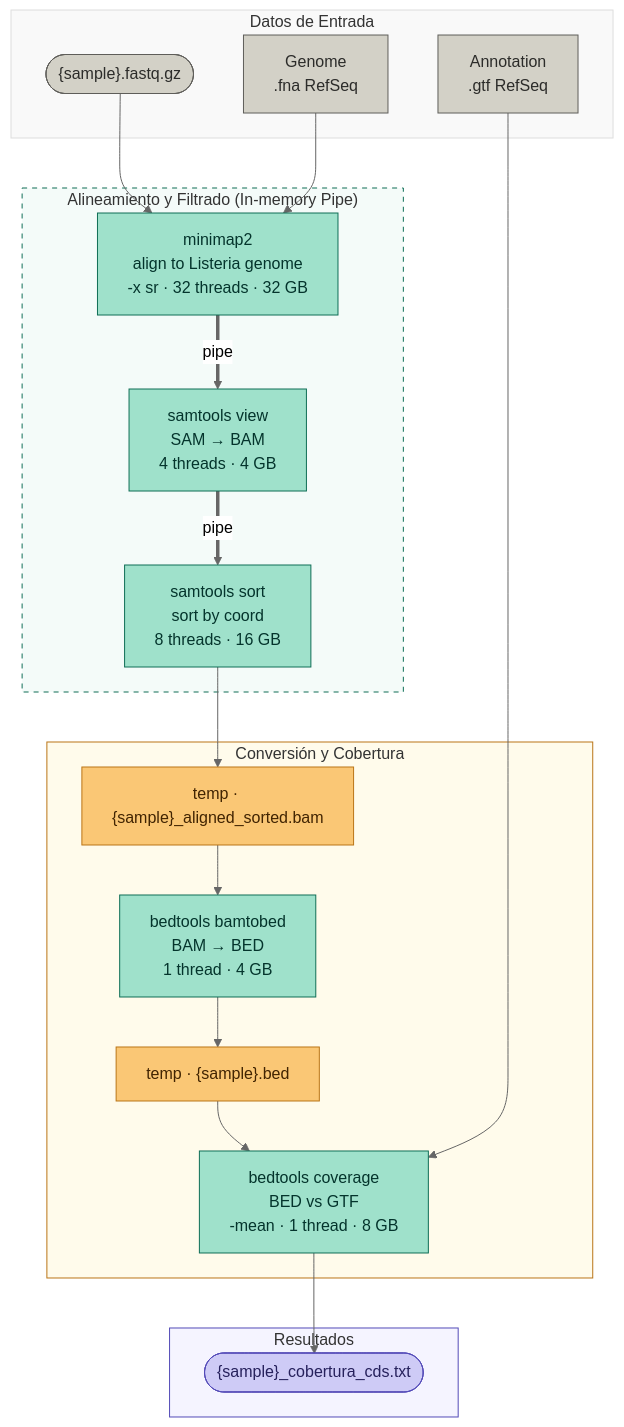
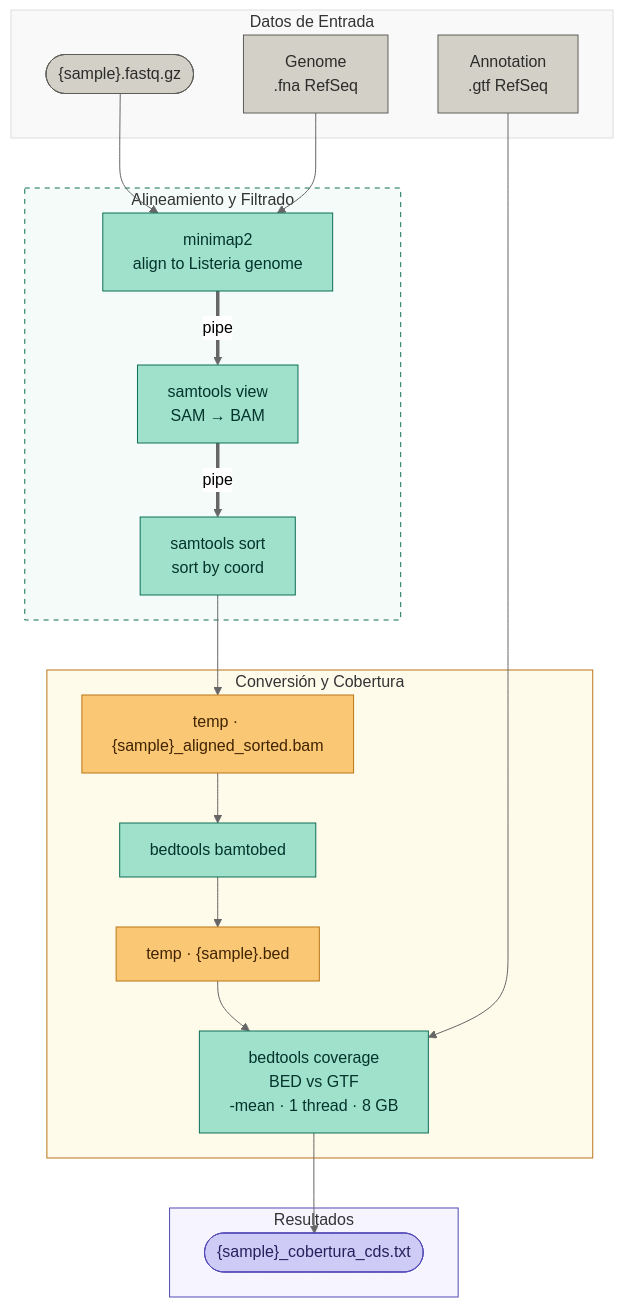
Before and after one commit to laugior/search4listeria: the diagram in readme.md, drawn with Mermaid (neutral theme).

````diff
--- a/readme.md
+++ b/readme.md
@@ -3,61 +3,61 @@
 ```mermaid
 flowchart TB
     %% --- ENTRADAS ---
     subgraph INPUTS ["Datos de Entrada"]
         INPUT(["{sample}.fastq.gz"])
         GENOME["Genome\n.fna RefSeq"]
         GTF["Annotation\n.gtf RefSeq"]
     end
 
     %% --- PROCESAMIENTO EN STREAMING ---
-    subgraph ALIGNMENT ["Alineamiento y Filtrado (In-memory Pipe)"]
-        MM["minimap2\nalign to Listeria genome\n-x sr · 32 threads · 32 GB"]
-        SV["samtools view\nSAM → BAM\n4 threads · 4 GB"]
-        SS["samtools sort\nsort by coord\n8 threads · 16 GB"]
+    subgraph ALIGNMENT ["Alineamiento y Filtrado"]
+        MM["minimap2\nalign to Listeria genome"]
+        SV["samtools view\nSAM → BAM"]
+        SS["samtools sort\nsort by coord"]
         
         MM ==> |pipe| SV ==> |pipe| SS
     end
 
     %% --- PASOS INTERMEDIOS Y ANÁLISIS ---
     subgraph ANALYSIS ["Conversión y Cobertura"]
         SBAM["temp · {sample}_aligned_sorted.bam"]
-        B2B["bedtools bamtobed\nBAM → BED\n1 thread · 4 GB"]
+        B2B["bedtools bamtobed"]
         BED["temp · {sample}.bed"]
         COV["bedtools coverage\nBED vs GTF\n-mean · 1 thread · 8 GB"]
     end
 
     %% --- SALIDA ---
     subgraph OUTPUTS ["Resultados"]
         OUTPUT(["{sample}_cobertura_cds.txt"])
     end
 
     %% --- CONEXIONES GLOBALES ---
     INPUT & GENOME --> MM
     SS --> SBAM
     SBAM --> B2B
     B2B --> BED
     BED & GTF --> COV
     COV --> OUTPUT
 
     %% --- ESTILOS ---
     style INPUT  fill:#D3D1C7,stroke:#5F5E5A,color:#2C2C2A
     style GENOME fill:#D3D1C7,stroke:#5F5E5A,color:#2C2C2A
     style GTF    fill:#D3D1C7,stroke:#5F5E5A,color:#2C2C2A
     
     style MM     fill:#9FE1CB,stroke:#0F6E56,color:#04342C
     style SV     fill:#9FE1CB,stroke:#0F6E56,color:#04342C
     style SS     fill:#9FE1CB,stroke:#0F6E56,color:#04342C
     style B2B    fill:#9FE1CB,stroke:#0F6E56,color:#04342C
     style COV    fill:#9FE1CB,stroke:#0F6E56,color:#04342C
 
     style SBAM   fill:#FAC775,stroke:#BA7517,color:#412402
     style BED    fill:#FAC775,stroke:#BA7517,color:#412402
     
     style OUTPUT fill:#CECBF6,stroke:#534AB7,color:#26215C
 
     %% Estilos de los subgrafos para dar estructura limpia
     style INPUTS fill:#f9f9f9,stroke:#ddd,stroke-width:1px
     style ALIGNMENT fill:#f4fbf9,stroke:#0F6E56,stroke-width:1px,stroke-dasharray: 5 5
     style ANALYSIS fill:#fffbeb,stroke:#BA7517,stroke-width:1px
     style OUTPUTS fill:#f5f4ff,stroke:#534AB7,stroke-width:1px
 ```
````
